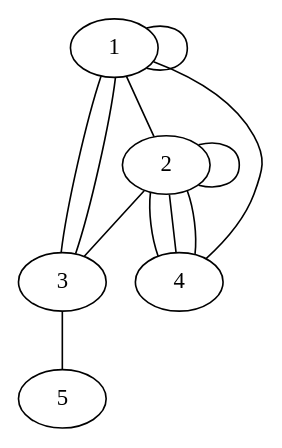
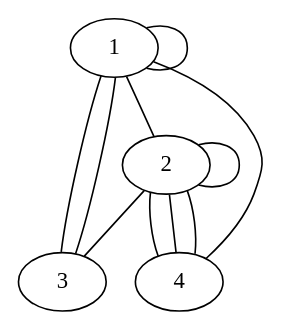
One commit to Kio131/Homework changed the diagram in out.gv. Above: the diagram before and after it, drawn with Graphviz. The commit also changed 9 other files, not shown here.

```diff
--- a/out.gv
+++ b/out.gv
@@ -1,13 +1,12 @@
 graph NEW {
 	1 -- 1
 	1 -- 2
 	1 -- 3
 	1 -- 3
 	1 -- 4
 	2 -- 2
 	2 -- 3
 	2 -- 4
 	2 -- 4
 	2 -- 4
-	3 -- 5
 }
```
